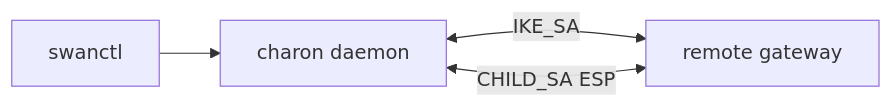
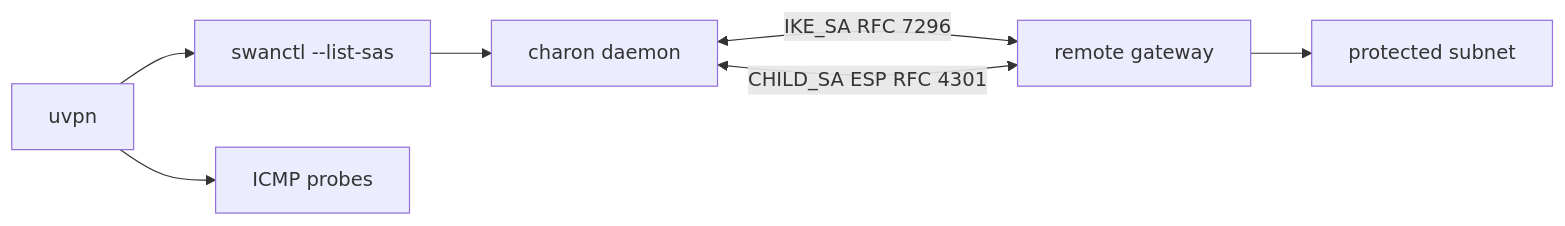
Before and after one commit to roto31/Tunnel-Monitor---Universal: the first of 4 diagrams in docs/vpn-solutions/ipsec-ikev2.md, drawn with Mermaid. The commit also changed other lines of this file and 25 other files, not shown here.

First line of the commit message:
Docs: add vendor citations, topology SVGs, and updated Mermaid.

````diff
--- a/docs/vpn-solutions/ipsec-ikev2.md
+++ b/docs/vpn-solutions/ipsec-ikev2.md
@@ -24,6 +28,9 @@
 ```mermaid
 flowchart LR
-    SW[swanctl] --> CH[charon daemon]
-    CH <-->|IKE_SA| PEER[remote gateway]
-    CH <-->|CHILD_SA ESP| PEER
+    SW[swanctl --list-sas] --> CH[charon daemon]
+    CH <-->|IKE_SA RFC 7296| PEER[remote gateway]
+    CH <-->|CHILD_SA ESP RFC 4301| PEER
+    PEER --> LAN[protected subnet]
+    uvpn --> SW
+    uvpn --> P[ICMP probes]
 ```
````
